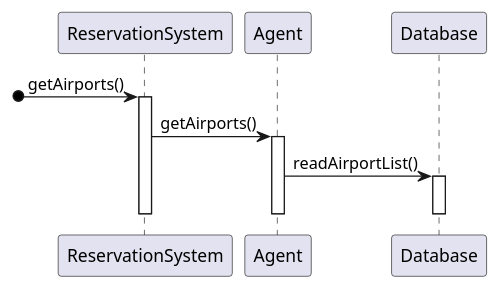
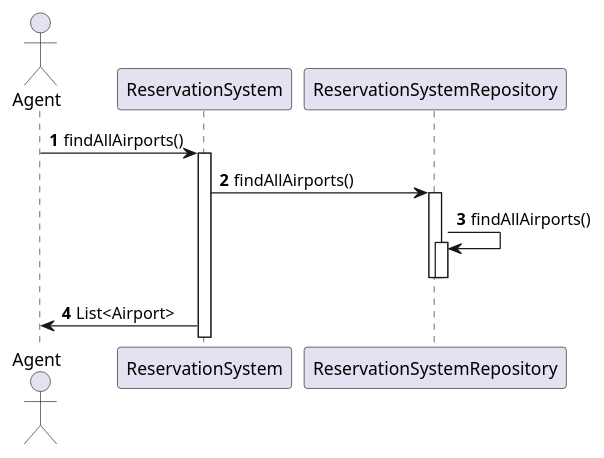
One commit to Ochirgarid/mpp-project changed the diagram in diagrams/plantuml/3-2-sequence-diagram.md. Above: the diagram before and after it, drawn with PlantUML. The commit also changed 9 other files, not shown here.

Commit message:
diagrams update

````diff
--- a/diagrams/plantuml/3-2-sequence-diagram.md
+++ b/diagrams/plantuml/3-2-sequence-diagram.md
@@ -1,14 +1,20 @@
 ```plantuml
 @startuml
-[o-> ReservationSystem : getAirports()
+
+Actor Agent
+
+autonumber
+Agent-> ReservationSystem : findAllAirports()
 activate ReservationSystem
-ReservationSystem -> Agent: getAirports()
-activate Agent
-Agent -> Database : readAirportList()
-activate Database
-deactivate Database
-deactivate Agent
-deactivate ReservationSystem
+ReservationSystem -> ReservationSystemRepository: findAllAirports()
+activate ReservationSystemRepository
+ReservationSystemRepository -> ReservationSystemRepository : findAllAirports()
+
+activate ReservationSystemRepository
+deactivate ReservationSystemRepository
+deactivate ReservationSystemRepository
+
+ReservationSystem -> Agent: List<Airport>
 
 @enduml
 ```
````
